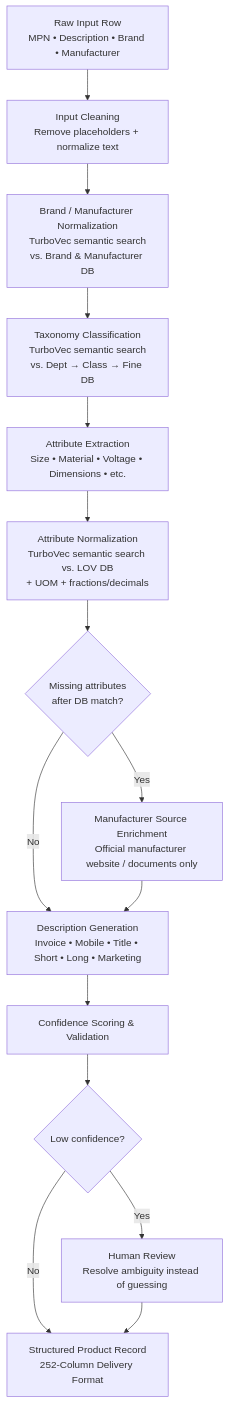
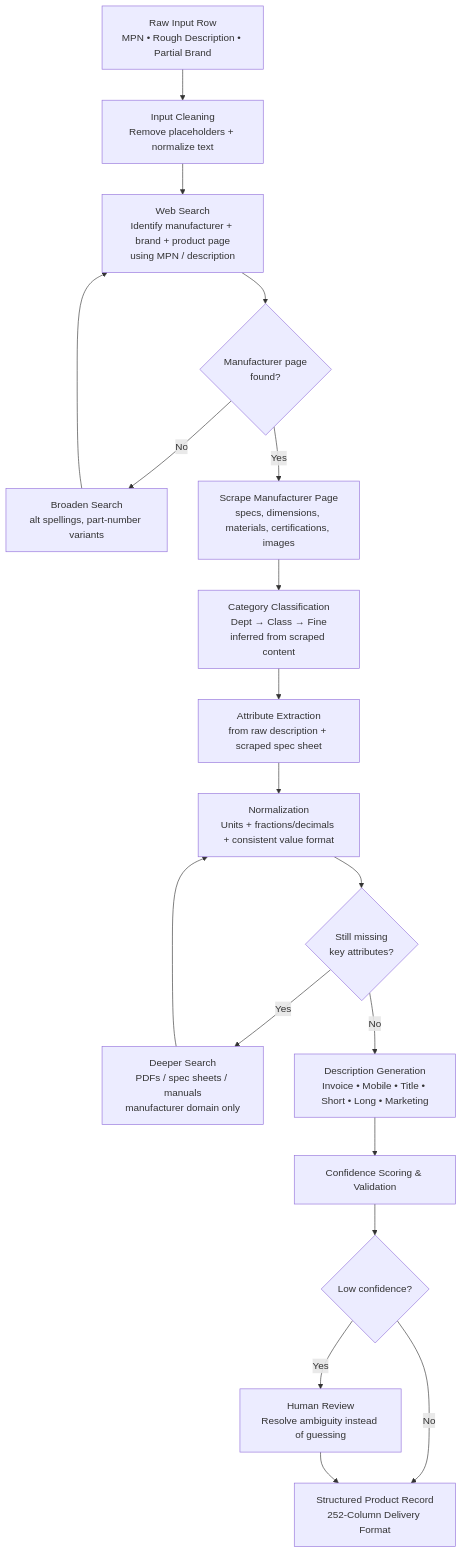
One commit to Prayas4590/Repo2 changed the diagram in Unihackidea2.md. Above: the diagram before and after it, drawn with Mermaid. The commit also changed other lines of this file, not shown here.

````diff
--- a/Unihackidea2.md
+++ b/Unihackidea2.md
@@ -29,28 +43,37 @@
 ```mermaid
 flowchart TD
-    RAW[Raw Input Row<br/>MPN • Description • Brand • Manufacturer] --> CLEAN[Input Cleaning<br/>Remove placeholders + normalize text]
+    RAW[Raw Input Row<br/>MPN • Rough Description • Partial Brand] --> CLEAN[Input Cleaning<br/>Remove placeholders + normalize text]
 
-    CLEAN --> BRAND[Brand / Manufacturer Normalization<br/>TurboVec semantic search<br/>vs. Brand & Manufacturer DB]
+    CLEAN --> WSEARCH[Web Search<br/>Identify manufacturer + brand + product page<br/>using MPN / description]
 
-    BRAND --> TAX[Taxonomy Classification<br/>TurboVec semantic search<br/>vs. Dept → Class → Fine DB]
+    WSEARCH --> FOUND{Manufacturer page<br/>found?}
 
-    TAX --> ATTR[Attribute Extraction<br/>Size • Material • Voltage • Dimensions • etc.]
+    FOUND -- No --> RETRY[Broaden Search<br/>alt spellings, part-number variants]
+    RETRY --> WSEARCH
 
-    ATTR --> NORM[Attribute Normalization<br/>TurboVec semantic search vs. LOV DB<br/>+ UOM + fractions/decimals]
+    FOUND -- Yes --> SCRAPE[Scrape Manufacturer Page<br/>specs, dimensions, materials, certifications, images]
 
-    NORM --> MISS{Missing attributes<br/>after DB match?}
+    SCRAPE --> TAX[Category Classification<br/>Dept → Class → Fine<br/>inferred from scraped content]
 
-    MISS -- Yes --> MFG[Manufacturer Source Enrichment<br/>Official manufacturer website / documents only]
+    TAX --> ATTR[Attribute Extraction<br/>from raw description + scraped spec sheet]
+
+    ATTR --> NORM[Normalization<br/>Units + fractions/decimals + consistent value format]
+
+    NORM --> MISS{Still missing<br/>key attributes?}
+
+    MISS -- Yes --> DEEPSCRAPE[Deeper Search<br/>PDFs / spec sheets / manuals<br/>manufacturer domain only]
+    DEEPSCRAPE --> NORM
+
     MISS -- No --> DESC[Description Generation]
 
-    MFG --> DESC[Description Generation<br/>Invoice • Mobile • Title • Short • Long • Marketing]
+    DESC[Description Generation<br/>Invoice • Mobile • Title • Short • Long • Marketing]
 
     DESC --> CONF[Confidence Scoring & Validation]
 
     CONF --> REVIEW{Low confidence?}
 
     REVIEW -- Yes --> HUMAN[Human Review<br/>Resolve ambiguity instead of guessing]
     REVIEW -- No --> RECORD
 
     HUMAN --> RECORD[Structured Product Record<br/>252-Column Delivery Format]
 ```
````
